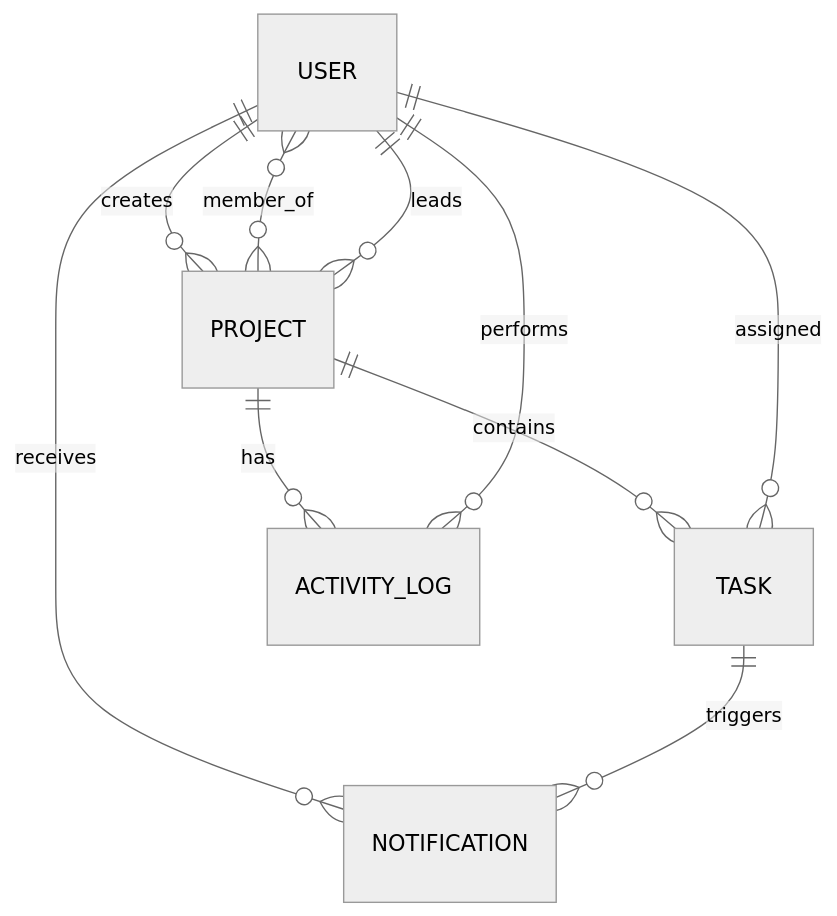
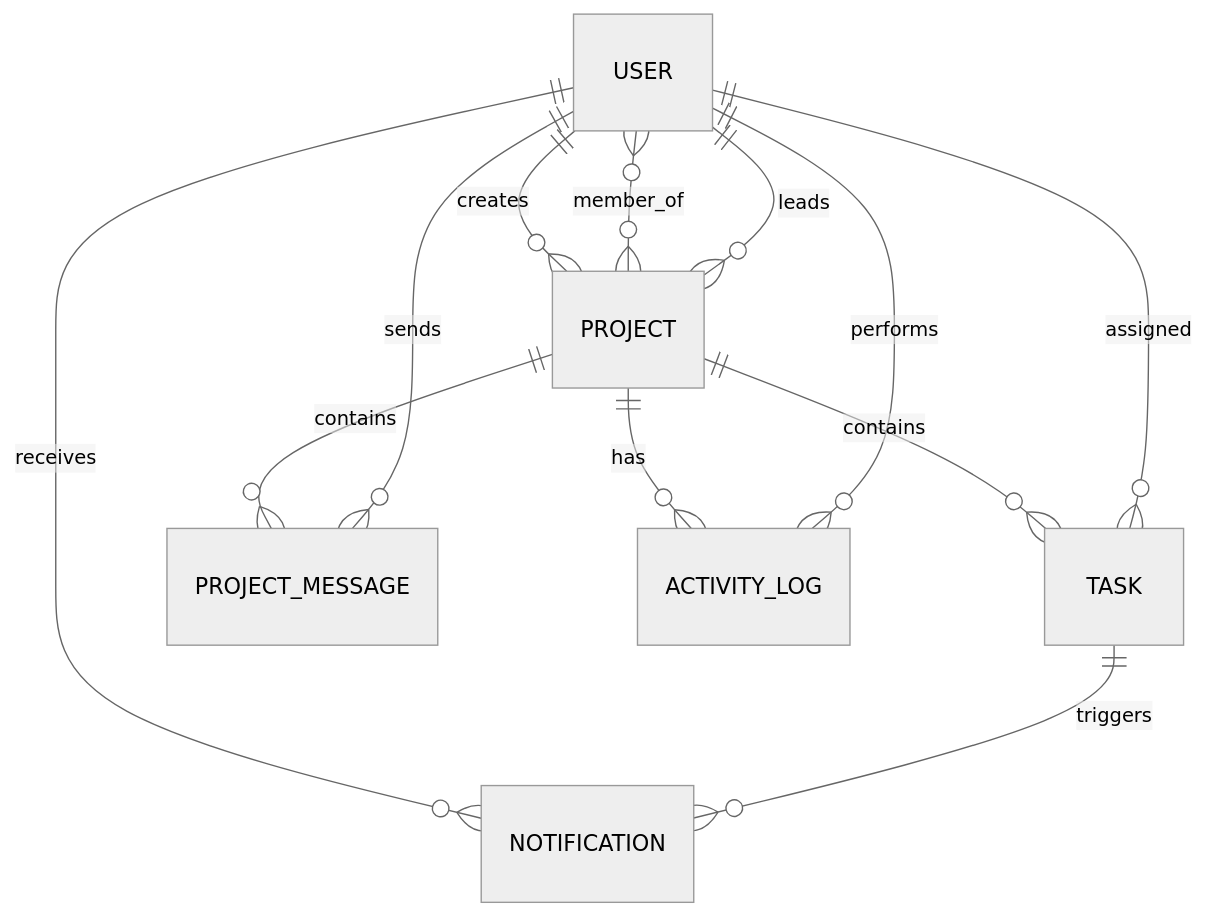
One commit to ashwanibaghel/WorkOS changed the sixth of 6 diagrams in docs/HLD.md. Above: the diagram before and after it, drawn with Mermaid (neutral theme). The commit also changed other lines of this file and 14 other files, not shown here.

Commit message:
Add project team chat and finish flow

````diff
--- a/docs/HLD.md
+++ b/docs/HLD.md
@@ -225,12 +229,14 @@
 ```mermaid
 erDiagram
   USER ||--o{ PROJECT : creates
   USER }o--o{ PROJECT : member_of
   USER ||--o{ PROJECT : leads
   PROJECT ||--o{ TASK : contains
+  PROJECT ||--o{ PROJECT_MESSAGE : contains
   USER ||--o{ TASK : assigned
+  USER ||--o{ PROJECT_MESSAGE : sends
   PROJECT ||--o{ ACTIVITY_LOG : has
   USER ||--o{ ACTIVITY_LOG : performs
   USER ||--o{ NOTIFICATION : receives
   TASK ||--o{ NOTIFICATION : triggers
 ```
````
